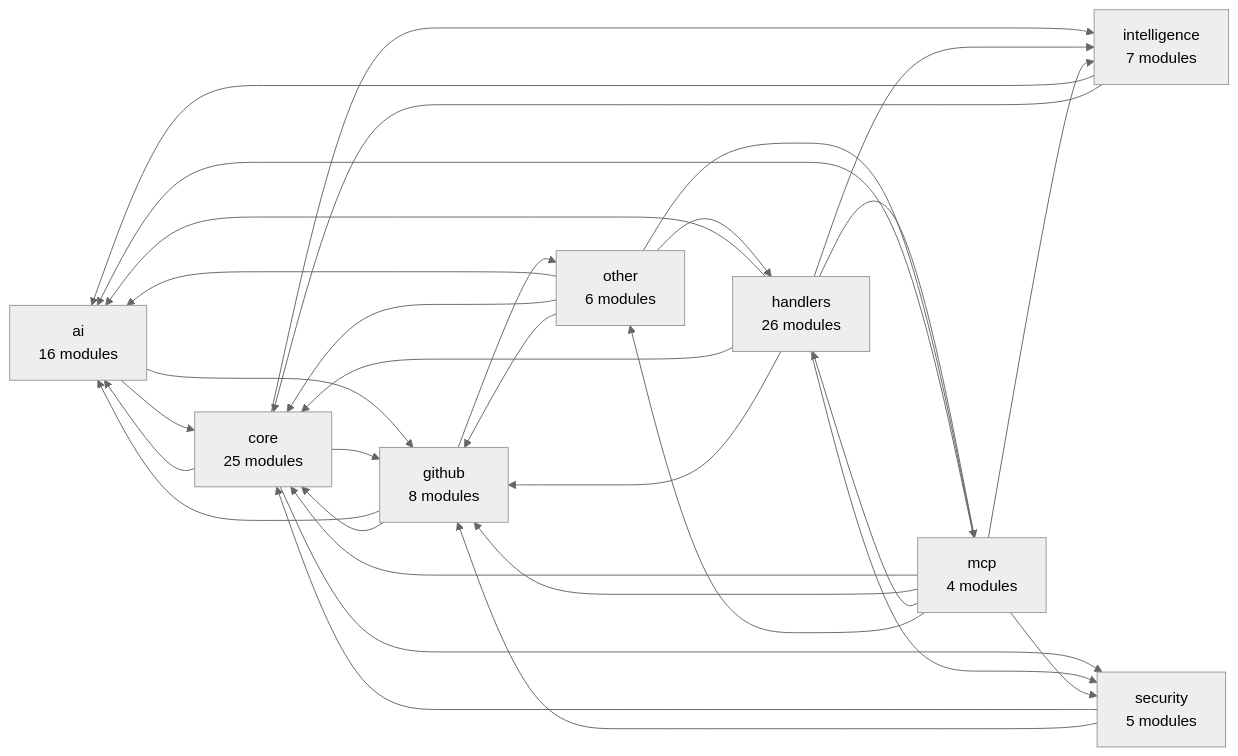
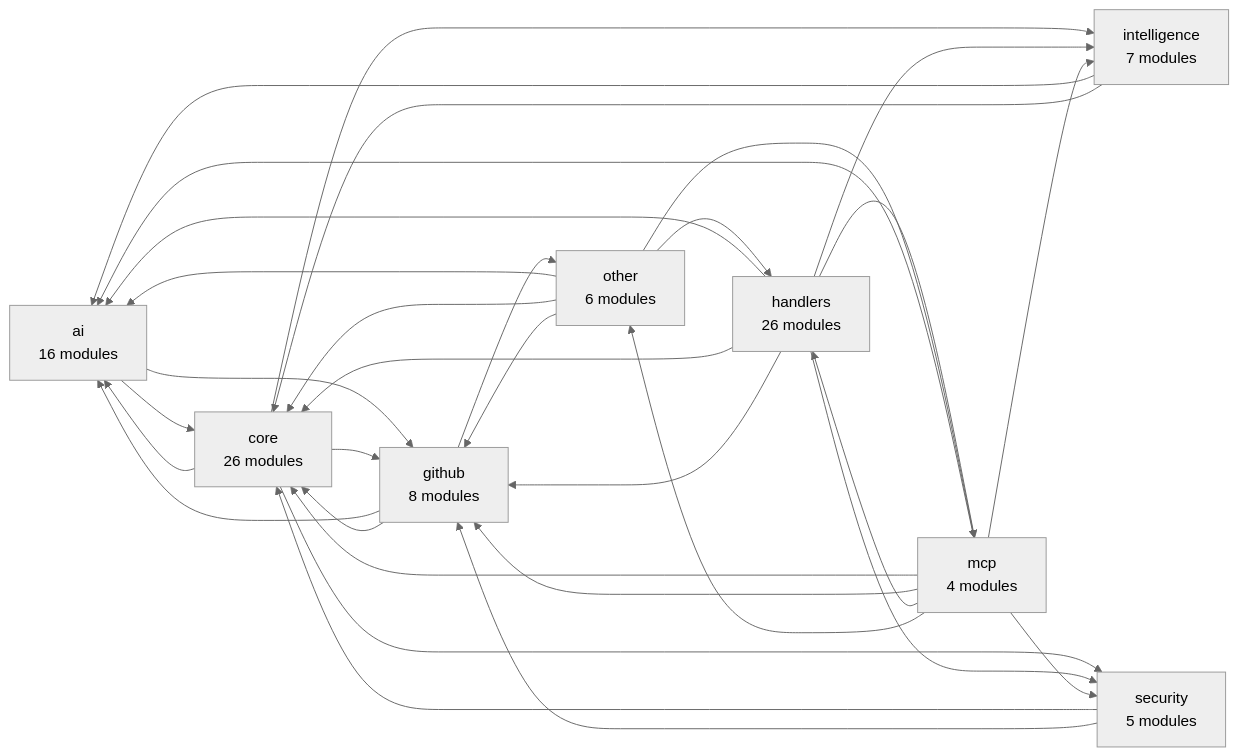
Before and after one commit to Shweta-Mishra-ai/github-autopilot: the second of 2 diagrams in README.md, drawn with Mermaid (neutral theme). The commit also changed other lines of this file and 30 other files, not shown here.

````diff
--- a/README.md
+++ b/README.md
@@ -400,42 +400,42 @@
 ```mermaid
 graph LR
     ai["ai<br/>16 modules"]
-    core["core<br/>25 modules"]
+    core["core<br/>26 modules"]
     github["github<br/>8 modules"]
     handlers["handlers<br/>26 modules"]
     intelligence["intelligence<br/>7 modules"]
     mcp["mcp<br/>4 modules"]
     other["other<br/>6 modules"]
     security["security<br/>5 modules"]
     ai --> core
     ai --> github
     core --> ai
     core --> github
     core --> intelligence
     core --> security
     github --> ai
     github --> core
     github --> other
     handlers --> ai
     handlers --> core
     handlers --> github
     handlers --> intelligence
     handlers --> mcp
     handlers --> security
     intelligence --> ai
     intelligence --> core
     mcp --> ai
     mcp --> core
     mcp --> github
     mcp --> handlers
     mcp --> intelligence
     mcp --> other
     mcp --> security
     other --> ai
     other --> core
     other --> github
     other --> handlers
     other --> mcp
     security --> core
     security --> github
 ```
````
